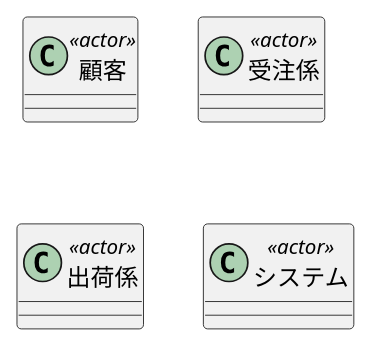
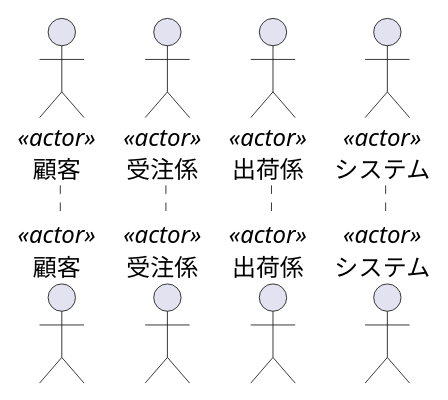
One commit to atanaka/uml-workflow-v3 changed the second of 6 diagrams in skills/usecase-to-class-v1/SKILL.md. Above: the diagram before and after it, drawn with PlantUML. The commit also changed other lines of this file and 17 other files, not shown here.

````diff
--- a/skills/usecase-to-class-v1/SKILL.md
+++ b/skills/usecase-to-class-v1/SKILL.md
@@ -408,6 +405,6 @@
 ```plantuml
-class 顧客 <<actor>>
-class 受注係 <<actor>>
-class 出荷係 <<actor>>
-class システム <<actor>>
+actor 顧客 <<actor>>
+actor 受注係 <<actor>>
+actor 出荷係 <<actor>>
+actor システム <<actor>>
 ```
````
